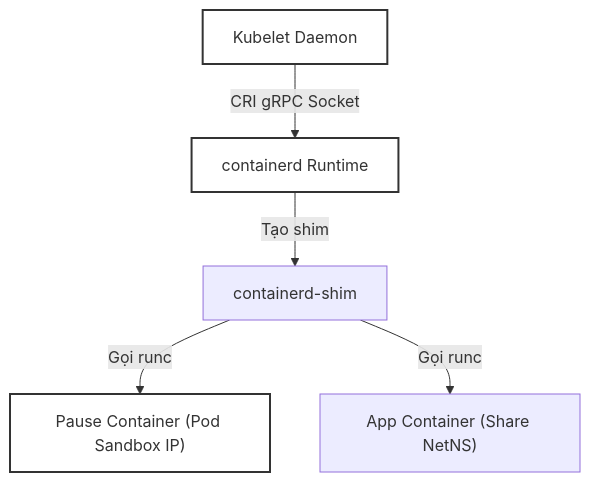
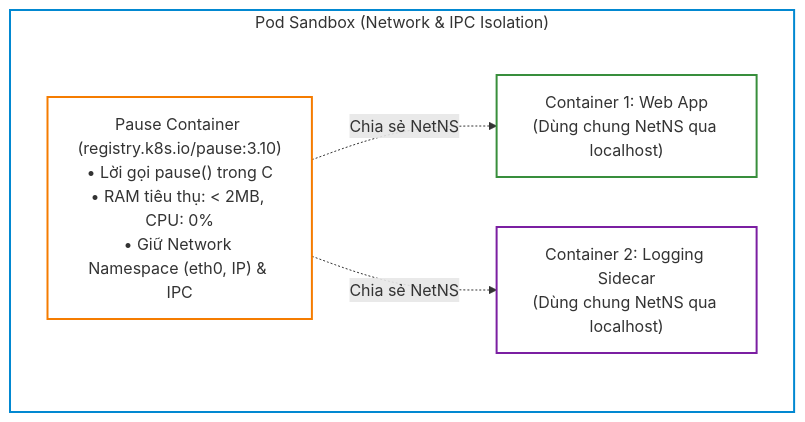
One commit to kiennt308/ntk changed the second of 4 diagrams in _posts/2026-09-12-cka-05-05-container-runtime-va-crictl.md. Above: the diagram before and after it, drawn with Mermaid. The commit also changed other lines of this file and 161 other files, not shown here.

````diff
--- a/_posts/2026-09-12-cka-05-05-container-runtime-va-crictl.md
+++ b/_posts/2026-09-12-cka-05-05-container-runtime-va-crictl.md
@@ -369,11 +115,17 @@
 ```mermaid
 graph TD
-    A["Kubelet Daemon"] -->|"CRI gRPC Socket"| B["containerd Runtime"]
-    B -->|"Tạo shim"| C["containerd-shim"]
-    C -->|"Gọi runc"| D["Pause Container (Pod Sandbox IP)"]
-    C -->|"Gọi runc"| E["App Container (Share NetNS)"]
+    subgraph Pod_Sandbox ["Pod Sandbox (Network & IPC Isolation)"]
+        PAUSE["Pause Container (registry.k8s.io/pause:3.10)<br/>• Lời gọi pause() trong C<br/>• RAM tiêu thụ: < 2MB, CPU: 0%<br/>• Giữ Network Namespace (eth0, IP) & IPC"]
+        
+        APP1["Container 1: Web App<br/>(Dùng chung NetNS qua localhost)"]
+        APP2["Container 2: Logging Sidecar<br/>(Dùng chung NetNS qua localhost)"]
+        
+        PAUSE -.->|"Chia sẻ NetNS"| APP1
+        PAUSE -.->|"Chia sẻ NetNS"| APP2
+    end
 
-    style A fill:none,stroke:#333,stroke-width:2px
-    style B fill:none,stroke:#333,stroke-width:2px
-    style D fill:none,stroke:#333,stroke-width:2px
+    style Pod_Sandbox fill:none,stroke:#0288d1,stroke-width:2px
+    style PAUSE fill:none,stroke:#f57c00,stroke-width:2px
+    style APP1 fill:none,stroke:#388e3c,stroke-width:2px
+    style APP2 fill:none,stroke:#7b1fa2,stroke-width:2px
 ```
````
